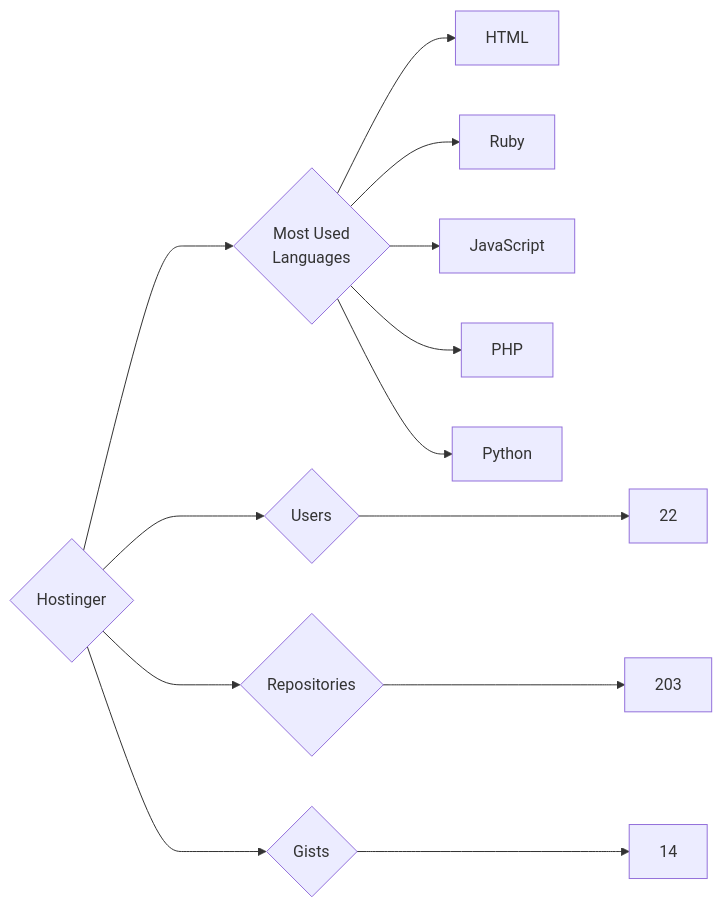
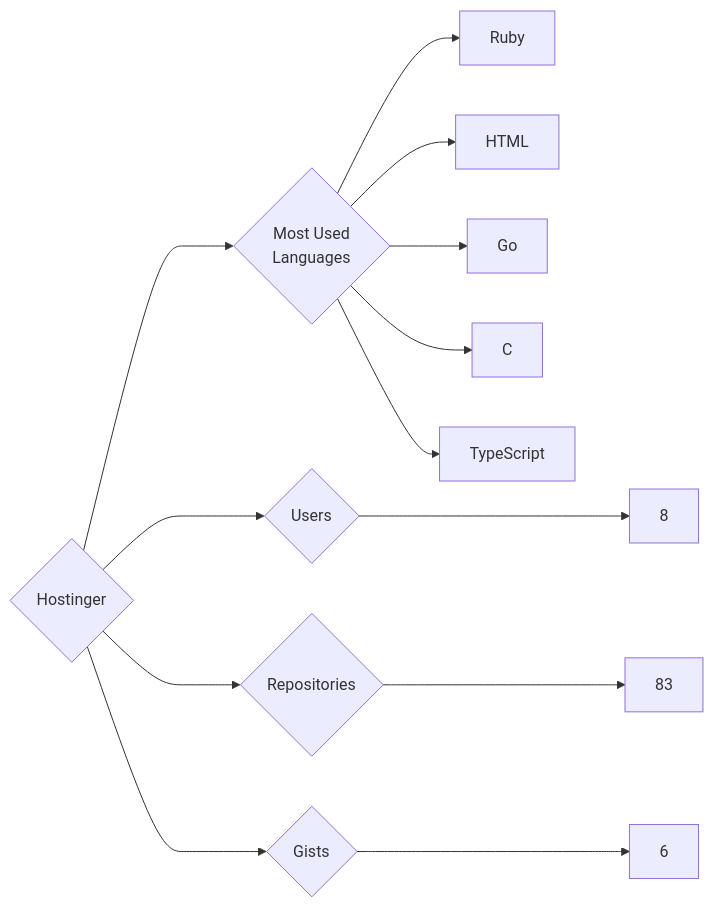
The diagram in targets/Hostinger/README.md (trickest/insiders), drawn with Mermaid before and after one commit. The commit also changed 944 other files, not shown here.

````diff
--- a/targets/Hostinger/README.md
+++ b/targets/Hostinger/README.md
@@ -3,13 +3,13 @@
 ```mermaid
 graph LR
 COMPANY_NAME{Hostinger}
-COMPANY_NAME ---> U{Users} ---> UN[22]
-COMPANY_NAME ---> R{Repositories} ---> RN[203]
-COMPANY_NAME ---> G{Gists} ---> GN[14]
+COMPANY_NAME ---> U{Users} ---> UN[8]
+COMPANY_NAME ---> R{Repositories} ---> RN[83]
+COMPANY_NAME ---> G{Gists} ---> GN[6]
 COMPANY_NAME ---> ML{Most Used<br>Languages}
+ML --> Ruby[Ruby]
 ML --> HTML[HTML]
-ML --> Ruby[Ruby]
-ML --> JavaScript[JavaScript]
-ML --> PHP[PHP]
-ML --> Python[Python]
+ML --> Go[Go]
+ML --> C[C]
+ML --> TypeScript[TypeScript]
 ```
````
